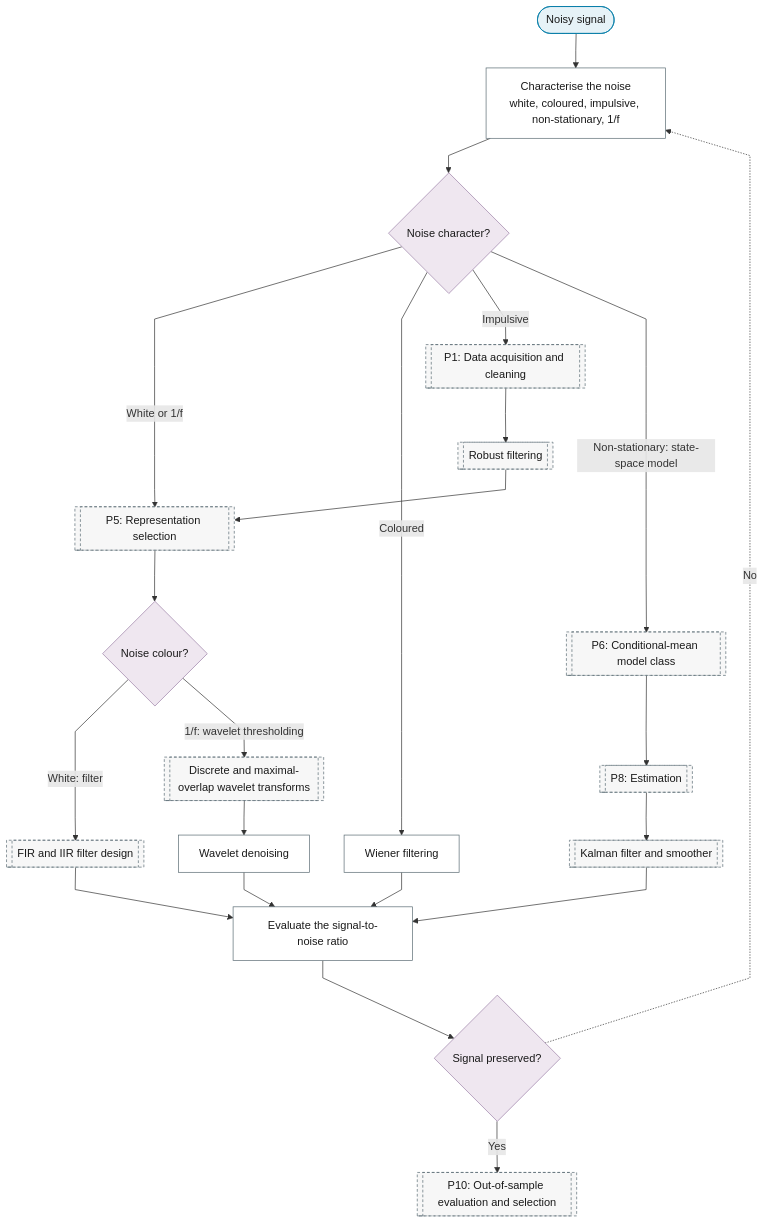
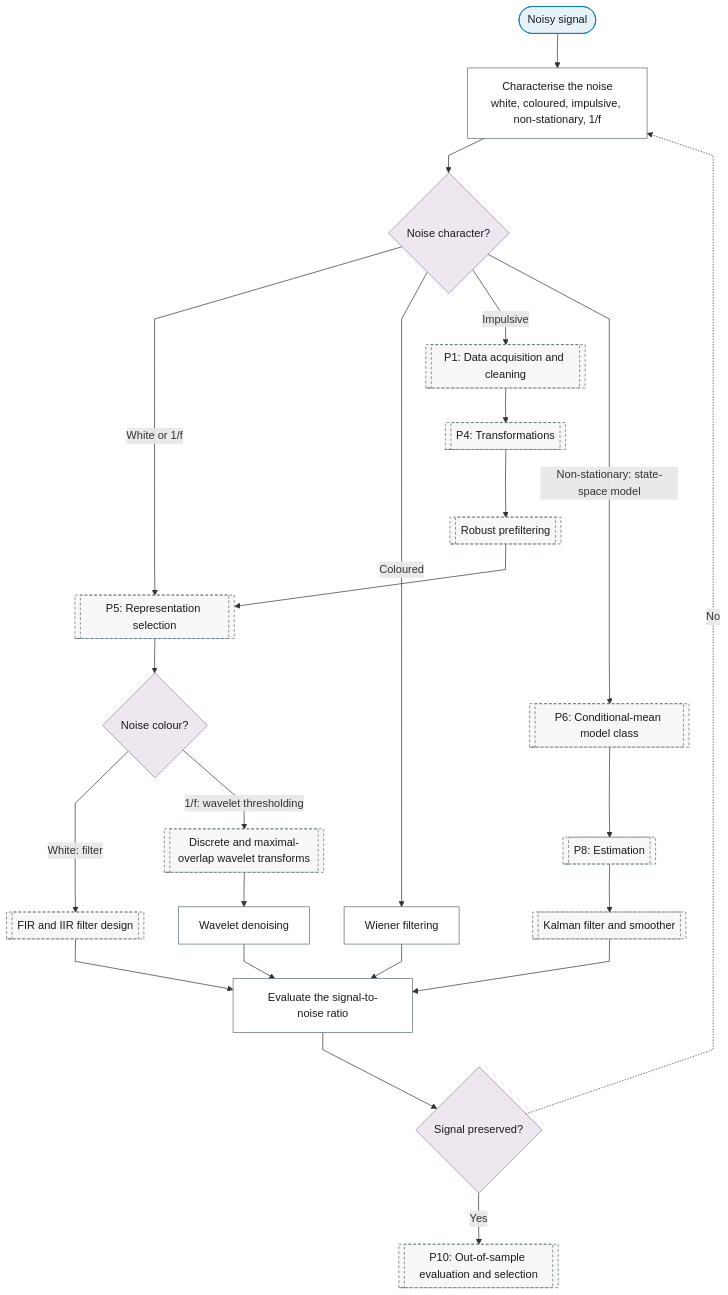
One commit to Shuxin-Y/time-series-analysis-manual changed the diagram in docs/01-workflow/p00-purpose/03-signal-extraction.md. Above: the diagram before and after it, drawn with Mermaid. The commit also changed 6 other files, not shown here.

````diff
--- a/docs/01-workflow/p00-purpose/03-signal-extraction.md
+++ b/docs/01-workflow/p00-purpose/03-signal-extraction.md
@@ -7,34 +7,35 @@
 ```mermaid
 %%{init: {"flowchart": {"curve": "linear"}}}%%
 graph TD
     P0_SE_IN(["Noisy signal"]) --> P0_SE_NOISE_TYPE["Characterise the noise<br/>white, coloured, impulsive, non-stationary, 1/f"]
     P0_SE_NOISE_TYPE --> P0_SE_NOISE_Q{"Noise character?"}
     P0_SE_NOISE_Q -->|"White or 1/f"| P5
     P0_SE_NOISE_Q -->|"Coloured"| P0_SE_WIENER["Wiener filtering"]
     P0_SE_NOISE_Q -->|"Impulsive"| P1[["P1: Data acquisition and cleaning"]]
     P0_SE_NOISE_Q -->|"Non-stationary: state-space model"| P6[["P6: Conditional-mean model class"]]
     P6 --> P8[["P8: Estimation"]]
-    P1 --> P1_ROBUST_FILTER[["Robust filtering"]]
-    P1_ROBUST_FILTER --> P5[["P5: Representation selection"]]
+    P1 --> P4[["P4: Transformations"]]
+    P4 --> P4_ROBUST_PREFILTER[["Robust prefiltering"]]
+    P4_ROBUST_PREFILTER --> P5[["P5: Representation selection"]]
     P5 --> P0_SE_TRANSFORM{"Noise colour?"}
     P0_SE_TRANSFORM -->|"White: filter"| P5_FD_FILTERS[["FIR and IIR filter design"]]
     P0_SE_TRANSFORM -->|"1/f: wavelet thresholding"| P5_TF_DWT[["Discrete and maximal-overlap wavelet transforms"]]
     P5_TF_DWT --> P0_SE_WAVELET_DENOISING["Wavelet denoising"]
     P8 --> P8_KALMAN[["Kalman filter and smoother"]]
     P5_FD_FILTERS & P0_SE_WIENER & P8_KALMAN & P0_SE_WAVELET_DENOISING --> P0_SE_SNR["Evaluate the signal-to-noise ratio"]
     P0_SE_SNR --> P0_SE_OK{"Signal preserved?"}
     P0_SE_OK -.->|"No"| P0_SE_NOISE_TYPE
     P0_SE_OK -->|"Yes"| P10[["P10: Out-of-sample evaluation and selection"]]
     class P0_SE_IN terminator
     class P0_SE_NOISE_Q,P0_SE_TRANSFORM,P0_SE_OK decision
     class P0_SE_NOISE_TYPE,P0_SE_WIENER,P0_SE_WAVELET_DENOISING,P0_SE_SNR process
-    class P1,P6,P8,P1_ROBUST_FILTER,P5,P5_FD_FILTERS,P5_TF_DWT,P8_KALMAN,P10 ref
+    class P1,P4,P6,P8,P4_ROBUST_PREFILTER,P5,P5_FD_FILTERS,P5_TF_DWT,P8_KALMAN,P10 ref
     classDef terminator fill:#E6F2F7,stroke:#007BA7,color:#1A1A1A;
     classDef process fill:#FFFFFF,stroke:#5A6B73,color:#1A1A1A;
     classDef decision fill:#EFE7F0,stroke:#9B7FA7,color:#1A1A1A;
     classDef data fill:#FFF4E0,stroke:#C9A55E,color:#1A1A1A;
     classDef good fill:#DCEFD8,stroke:#4A7A3F,color:#1A1A1A;
     classDef escalate fill:#FFE9C2,stroke:#C9A55E,color:#1A1A1A;
     classDef problem fill:#F2D9DE,stroke:#800020,color:#1A1A1A;
     classDef ref fill:#F7F7F7,stroke:#5A6B73,color:#1A1A1A,stroke-dasharray:4 3;
 ```
````
